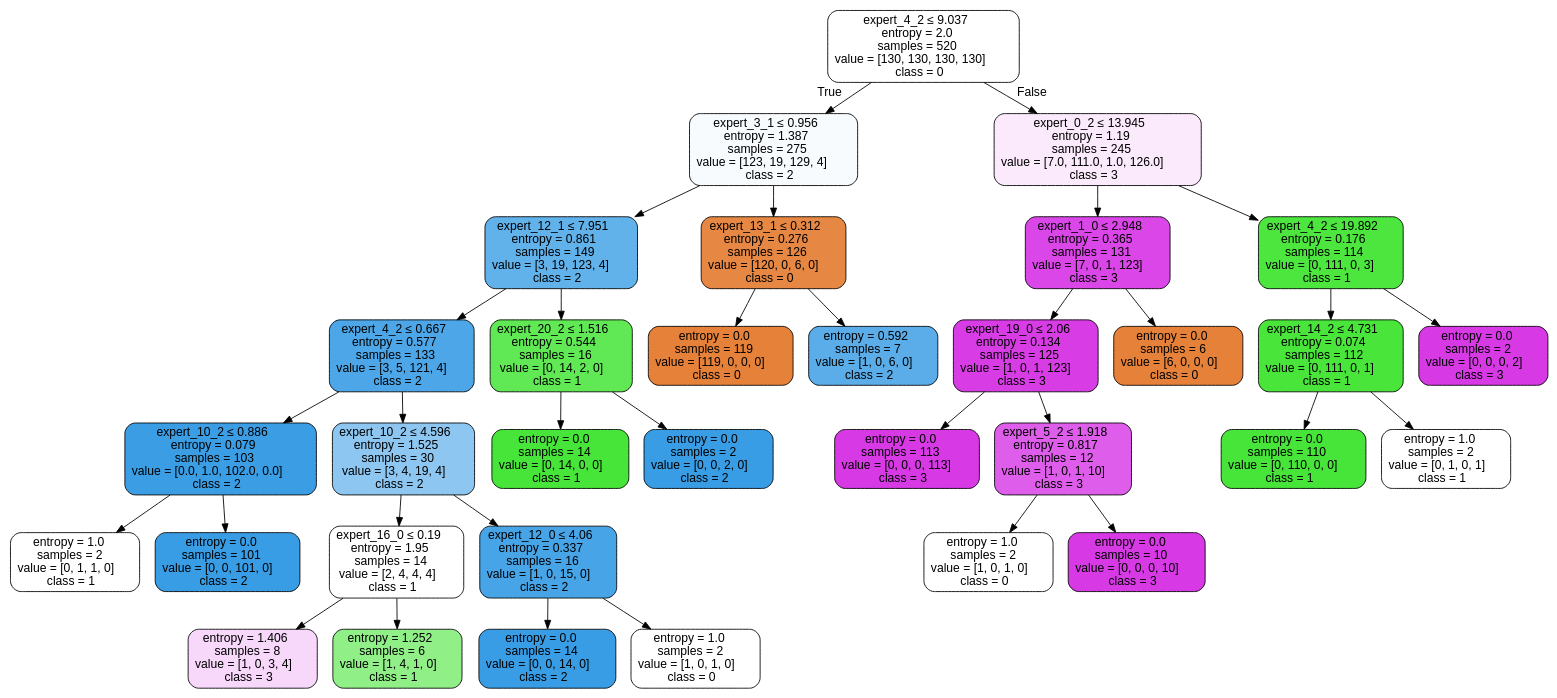
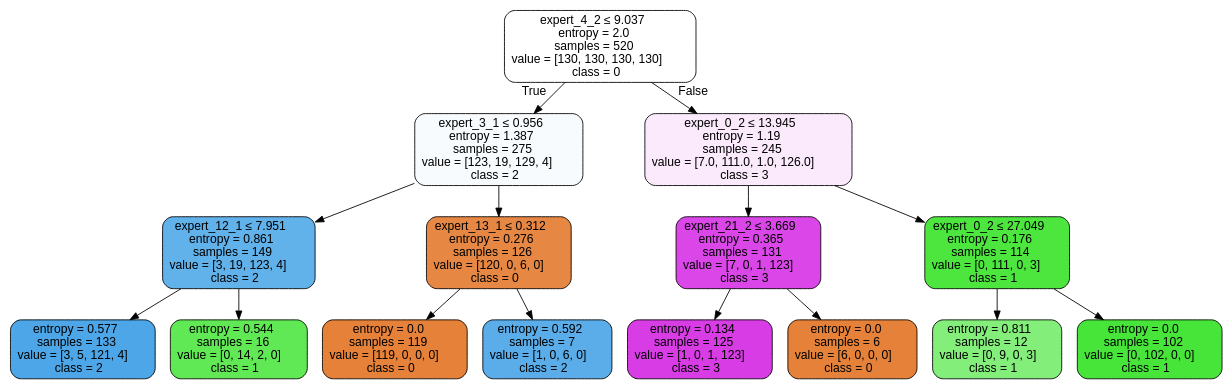
One commit to Lingfeng555/CardsRecognition changed the diagram in result/suit/trees/tree.dot. Above: the diagram before and after it, drawn with Graphviz. The commit also changed 26 other files, not shown here.

```diff
--- a/result/suit/trees/tree.dot
+++ b/result/suit/trees/tree.dot
@@ -1,69 +1,33 @@
 digraph Tree {
 node [shape=box, style="filled, rounded", color="black", fontname="helvetica"] ;
 edge [fontname="helvetica"] ;
 0 [label=<expert_4_2 &le; 9.037<br/>entropy = 2.0<br/>samples = 520<br/>value = [130, 130, 130, 130]<br/>class = 0>, fillcolor="#ffffff"] ;
 1 [label=<expert_3_1 &le; 0.956<br/>entropy = 1.387<br/>samples = 275<br/>value = [123, 19, 129, 4]<br/>class = 2>, fillcolor="#f7fbfe"] ;
 0 -> 1 [labeldistance=2.5, labelangle=45, headlabel="True"] ;
 2 [label=<expert_12_1 &le; 7.951<br/>entropy = 0.861<br/>samples = 149<br/>value = [3, 19, 123, 4]<br/>class = 2>, fillcolor="#61b1ea"] ;
 1 -> 2 ;
-3 [label=<expert_4_2 &le; 0.667<br/>entropy = 0.577<br/>samples = 133<br/>value = [3, 5, 121, 4]<br/>class = 2>, fillcolor="#4ca6e7"] ;
+3 [label=<entropy = 0.577<br/>samples = 133<br/>value = [3, 5, 121, 4]<br/>class = 2>, fillcolor="#4ca6e7"] ;
 2 -> 3 ;
-4 [label=<expert_10_2 &le; 0.886<br/>entropy = 0.079<br/>samples = 103<br/>value = [0.0, 1.0, 102.0, 0.0]<br/>class = 2>, fillcolor="#3b9ee5"] ;
-3 -> 4 ;
-5 [label=<entropy = 1.0<br/>samples = 2<br/>value = [0, 1, 1, 0]<br/>class = 1>, fillcolor="#ffffff"] ;
-4 -> 5 ;
-6 [label=<entropy = 0.0<br/>samples = 101<br/>value = [0, 0, 101, 0]<br/>class = 2>, fillcolor="#399de5"] ;
-4 -> 6 ;
-7 [label=<expert_10_2 &le; 4.596<br/>entropy = 1.525<br/>samples = 30<br/>value = [3, 4, 19, 4]<br/>class = 2>, fillcolor="#8dc6f0"] ;
-3 -> 7 ;
-8 [label=<expert_16_0 &le; 0.19<br/>entropy = 1.95<br/>samples = 14<br/>value = [2, 4, 4, 4]<br/>class = 1>, fillcolor="#ffffff"] ;
-7 -> 8 ;
-9 [label=<entropy = 1.406<br/>samples = 8<br/>value = [1, 0, 3, 4]<br/>class = 3>, fillcolor="#f7d7fa"] ;
+4 [label=<entropy = 0.544<br/>samples = 16<br/>value = [0, 14, 2, 0]<br/>class = 1>, fillcolor="#61e955"] ;
+2 -> 4 ;
+5 [label=<expert_13_1 &le; 0.312<br/>entropy = 0.276<br/>samples = 126<br/>value = [120, 0, 6, 0]<br/>class = 0>, fillcolor="#e68743"] ;
+1 -> 5 ;
+6 [label=<entropy = 0.0<br/>samples = 119<br/>value = [119, 0, 0, 0]<br/>class = 0>, fillcolor="#e58139"] ;
+5 -> 6 ;
+7 [label=<entropy = 0.592<br/>samples = 7<br/>value = [1, 0, 6, 0]<br/>class = 2>, fillcolor="#5aade9"] ;
+5 -> 7 ;
+8 [label=<expert_0_2 &le; 13.945<br/>entropy = 1.19<br/>samples = 245<br/>value = [7.0, 111.0, 1.0, 126.0]<br/>class = 3>, fillcolor="#fbe9fc"] ;
+0 -> 8 [labeldistance=2.5, labelangle=-45, headlabel="False"] ;
+9 [label=<expert_21_2 &le; 3.669<br/>entropy = 0.365<br/>samples = 131<br/>value = [7, 0, 1, 123]<br/>class = 3>, fillcolor="#da46e7"] ;
 8 -> 9 ;
-10 [label=<entropy = 1.252<br/>samples = 6<br/>value = [1, 4, 1, 0]<br/>class = 1>, fillcolor="#91ef88"] ;
-8 -> 10 ;
-11 [label=<expert_12_0 &le; 4.06<br/>entropy = 0.337<br/>samples = 16<br/>value = [1, 0, 15, 0]<br/>class = 2>, fillcolor="#46a4e7"] ;
-7 -> 11 ;
-12 [label=<entropy = 0.0<br/>samples = 14<br/>value = [0, 0, 14, 0]<br/>class = 2>, fillcolor="#399de5"] ;
-11 -> 12 ;
-13 [label=<entropy = 1.0<br/>samples = 2<br/>value = [1, 0, 1, 0]<br/>class = 0>, fillcolor="#ffffff"] ;
-11 -> 13 ;
-14 [label=<expert_20_2 &le; 1.516<br/>entropy = 0.544<br/>samples = 16<br/>value = [0, 14, 2, 0]<br/>class = 1>, fillcolor="#61e955"] ;
-2 -> 14 ;
-15 [label=<entropy = 0.0<br/>samples = 14<br/>value = [0, 14, 0, 0]<br/>class = 1>, fillcolor="#47e539"] ;
-14 -> 15 ;
-16 [label=<entropy = 0.0<br/>samples = 2<br/>value = [0, 0, 2, 0]<br/>class = 2>, fillcolor="#399de5"] ;
-14 -> 16 ;
-17 [label=<expert_13_1 &le; 0.312<br/>entropy = 0.276<br/>samples = 126<br/>value = [120, 0, 6, 0]<br/>class = 0>, fillcolor="#e68743"] ;
-1 -> 17 ;
-18 [label=<entropy = 0.0<br/>samples = 119<br/>value = [119, 0, 0, 0]<br/>class = 0>, fillcolor="#e58139"] ;
-17 -> 18 ;
-19 [label=<entropy = 0.592<br/>samples = 7<br/>value = [1, 0, 6, 0]<br/>class = 2>, fillcolor="#5aade9"] ;
-17 -> 19 ;
-20 [label=<expert_0_2 &le; 13.945<br/>entropy = 1.19<br/>samples = 245<br/>value = [7.0, 111.0, 1.0, 126.0]<br/>class = 3>, fillcolor="#fbe9fc"] ;
-0 -> 20 [labeldistance=2.5, labelangle=-45, headlabel="False"] ;
-21 [label=<expert_1_0 &le; 2.948<br/>entropy = 0.365<br/>samples = 131<br/>value = [7, 0, 1, 123]<br/>class = 3>, fillcolor="#da46e7"] ;
-20 -> 21 ;
-22 [label=<expert_19_0 &le; 2.06<br/>entropy = 0.134<br/>samples = 125<br/>value = [1, 0, 1, 123]<br/>class = 3>, fillcolor="#d83ce5"] ;
-21 -> 22 ;
-23 [label=<entropy = 0.0<br/>samples = 113<br/>value = [0, 0, 0, 113]<br/>class = 3>, fillcolor="#d739e5"] ;
-22 -> 23 ;
-24 [label=<expert_5_2 &le; 1.918<br/>entropy = 0.817<br/>samples = 12<br/>value = [1, 0, 1, 10]<br/>class = 3>, fillcolor="#de5dea"] ;
-22 -> 24 ;
-25 [label=<entropy = 1.0<br/>samples = 2<br/>value = [1, 0, 1, 0]<br/>class = 0>, fillcolor="#ffffff"] ;
-24 -> 25 ;
-26 [label=<entropy = 0.0<br/>samples = 10<br/>value = [0, 0, 0, 10]<br/>class = 3>, fillcolor="#d739e5"] ;
-24 -> 26 ;
-27 [label=<entropy = 0.0<br/>samples = 6<br/>value = [6, 0, 0, 0]<br/>class = 0>, fillcolor="#e58139"] ;
-21 -> 27 ;
-28 [label=<expert_4_2 &le; 19.892<br/>entropy = 0.176<br/>samples = 114<br/>value = [0, 111, 0, 3]<br/>class = 1>, fillcolor="#4ce63e"] ;
-20 -> 28 ;
-29 [label=<expert_14_2 &le; 4.731<br/>entropy = 0.074<br/>samples = 112<br/>value = [0, 111, 0, 1]<br/>class = 1>, fillcolor="#49e53b"] ;
-28 -> 29 ;
-30 [label=<entropy = 0.0<br/>samples = 110<br/>value = [0, 110, 0, 0]<br/>class = 1>, fillcolor="#47e539"] ;
-29 -> 30 ;
-31 [label=<entropy = 1.0<br/>samples = 2<br/>value = [0, 1, 0, 1]<br/>class = 1>, fillcolor="#ffffff"] ;
-29 -> 31 ;
-32 [label=<entropy = 0.0<br/>samples = 2<br/>value = [0, 0, 0, 2]<br/>class = 3>, fillcolor="#d739e5"] ;
-28 -> 32 ;
+10 [label=<entropy = 0.134<br/>samples = 125<br/>value = [1, 0, 1, 123]<br/>class = 3>, fillcolor="#d83ce5"] ;
+9 -> 10 ;
+11 [label=<entropy = 0.0<br/>samples = 6<br/>value = [6, 0, 0, 0]<br/>class = 0>, fillcolor="#e58139"] ;
+9 -> 11 ;
+12 [label=<expert_0_2 &le; 27.049<br/>entropy = 0.176<br/>samples = 114<br/>value = [0, 111, 0, 3]<br/>class = 1>, fillcolor="#4ce63e"] ;
+8 -> 12 ;
+13 [label=<entropy = 0.811<br/>samples = 12<br/>value = [0, 9, 0, 3]<br/>class = 1>, fillcolor="#84ee7b"] ;
+12 -> 13 ;
+14 [label=<entropy = 0.0<br/>samples = 102<br/>value = [0, 102, 0, 0]<br/>class = 1>, fillcolor="#47e539"] ;
+12 -> 14 ;
 }
```
